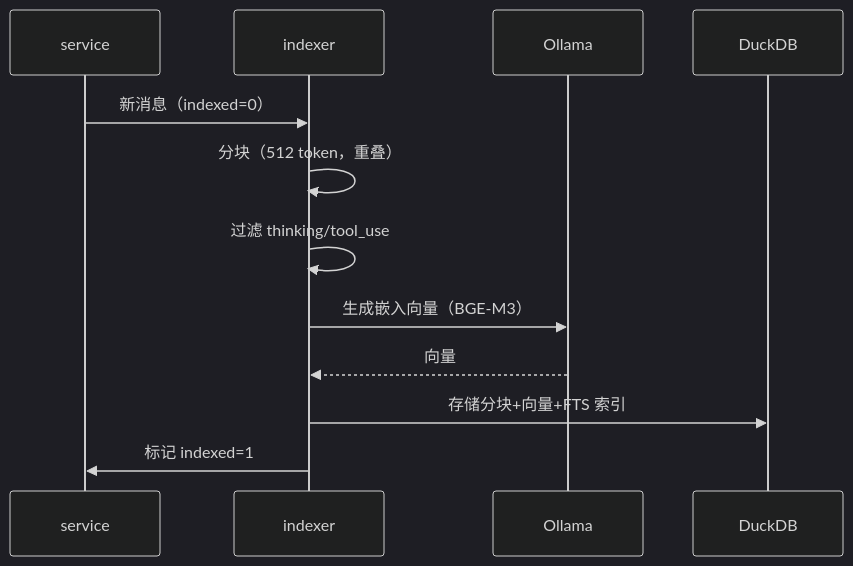
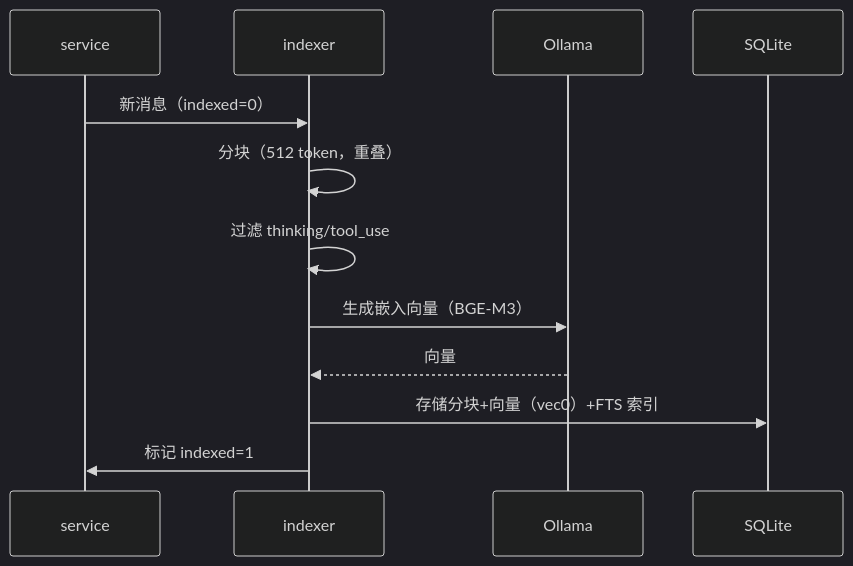
The first of 2 diagrams in docs/spec/features/rag.md (xiaoapeng/clawbench), drawn with Mermaid (dark theme) before and after one commit. The commit also changed other lines of this file and 9 other files, not shown here.

````diff
--- a/docs/spec/features/rag.md
+++ b/docs/spec/features/rag.md
@@ -9,15 +9,15 @@
 ```mermaid
 sequenceDiagram
     participant service
     participant indexer
     participant Ollama
-    participant DuckDB
+    participant SQLite
 
     service->>indexer: 新消息（indexed=0）
     indexer->>indexer: 分块（512 token，重叠）
     indexer->>indexer: 过滤 thinking/tool_use
     indexer->>Ollama: 生成嵌入向量（BGE-M3）
     Ollama-->>indexer: 向量
-    indexer->>DuckDB: 存储分块+向量+FTS 索引
+    indexer->>SQLite: 存储分块+向量（vec0）+FTS 索引
     indexer->>service: 标记 indexed=1
 ```
````
